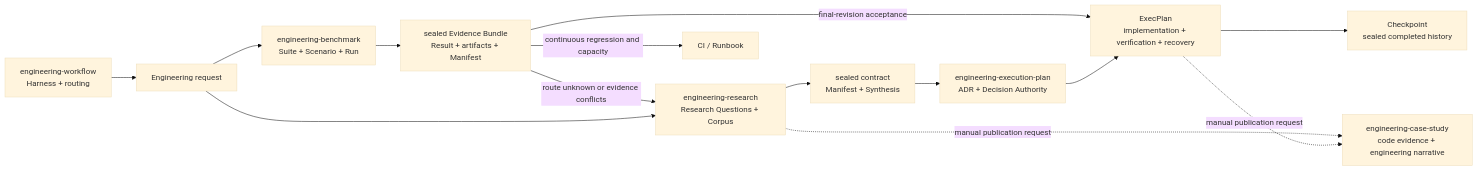
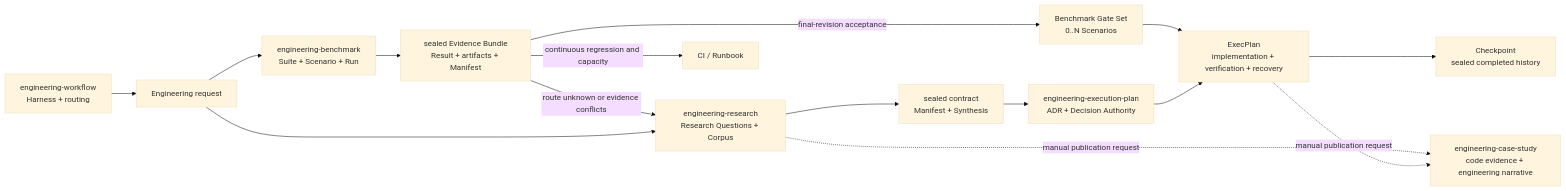
Before and after one commit to XiaoWeiKIN/RepoFoundryAI: the first of 5 diagrams in README.md, drawn with Mermaid (base theme). The commit also changed other lines of this file and 20 other files, not shown here.

Commit message:
feat: gate execplans on benchmark scenarios

````diff
--- a/README.md
+++ b/README.md
@@ -27,16 +27,17 @@
 ```mermaid
 flowchart LR
     W["engineering-workflow<br/>Harness + routing"] --> U["Engineering request"]
     U --> B["engineering-benchmark<br/>Suite + Scenario + Run"]
     B --> M0["sealed Evidence Bundle<br/>Result + artifacts + Manifest"]
     M0 -->|"route unknown or evidence conflicts"| R["engineering-research<br/>Research Questions + Corpus"]
-    M0 -->|"final-revision acceptance"| E
+    M0 -->|"final-revision acceptance"| G["Benchmark Gate Set<br/>0..N Scenarios"]
+    G --> E
     M0 -->|"continuous regression and capacity"| O["CI / Runbook"]
     U --> R
     R --> M["sealed contract<br/>Manifest + Synthesis"]
     M --> A["engineering-execution-plan<br/>ADR + Decision Authority"]
     A --> E["ExecPlan<br/>implementation + verification + recovery"]
     E --> C["Checkpoint<br/>sealed completed history"]
     R -. "manual publication request" .-> S["engineering-case-study<br/>code evidence + engineering narrative"]
     E -. "manual publication request" .-> S
 ```
````
